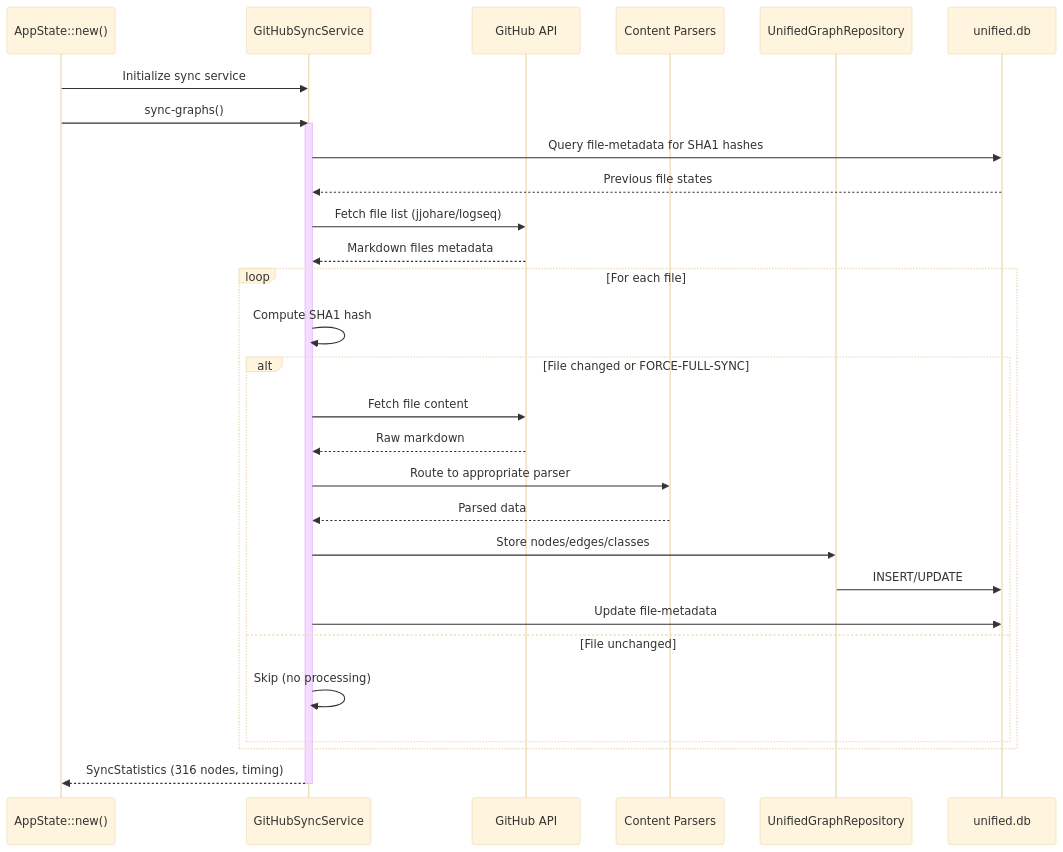
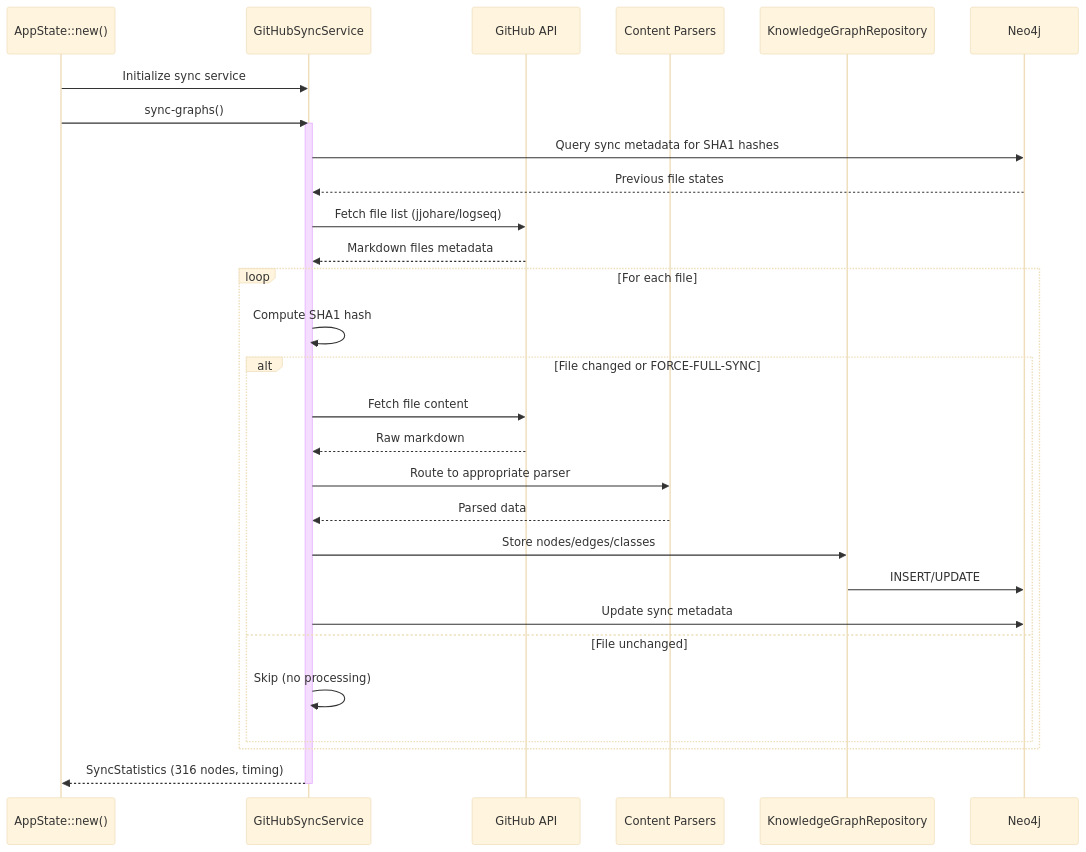
The second of 7 diagrams in docs/explanation/architecture/data-flow.md (DreamLab-AI/VisionFlow), drawn with Mermaid (base theme) before and after one commit. The commit also changed other lines of this file and 22 other files, not shown here.

````diff
--- a/docs/explanation/architecture/data-flow.md
+++ b/docs/explanation/architecture/data-flow.md
@@ -109,37 +109,37 @@
 ```mermaid
 sequenceDiagram
     participant App as AppState::new()
     participant Sync as GitHubSyncService
     participant GH as GitHub API
     participant Parser as Content Parsers
-    participant Repo as UnifiedGraphRepository
-    participant DB as unified.db
+    participant Repo as KnowledgeGraphRepository
+    participant DB as Neo4j
 
     App->>Sync: Initialize sync service
     App->>Sync: sync-graphs()
 
     activate Sync
-    Sync->>DB: Query file-metadata for SHA1 hashes
+    Sync->>DB: Query sync metadata for SHA1 hashes
     DB-->>Sync: Previous file states
 
     Sync->>GH: Fetch file list (jjohare/logseq)
     GH-->>Sync: Markdown files metadata
 
     loop For each file
         Sync->>Sync: Compute SHA1 hash
         alt File changed or FORCE-FULL-SYNC
             Sync->>GH: Fetch file content
             GH-->>Sync: Raw markdown
             Sync->>Parser: Route to appropriate parser
             Parser-->>Sync: Parsed data
             Sync->>Repo: Store nodes/edges/classes
             Repo->>DB: INSERT/UPDATE
-            Sync->>DB: Update file-metadata
+            Sync->>DB: Update sync metadata
         else File unchanged
             Sync->>Sync: Skip (no processing)
         end
     end
 
     Sync-->>App: SyncStatistics (316 nodes, timing)
     deactivate Sync
 ```
````
